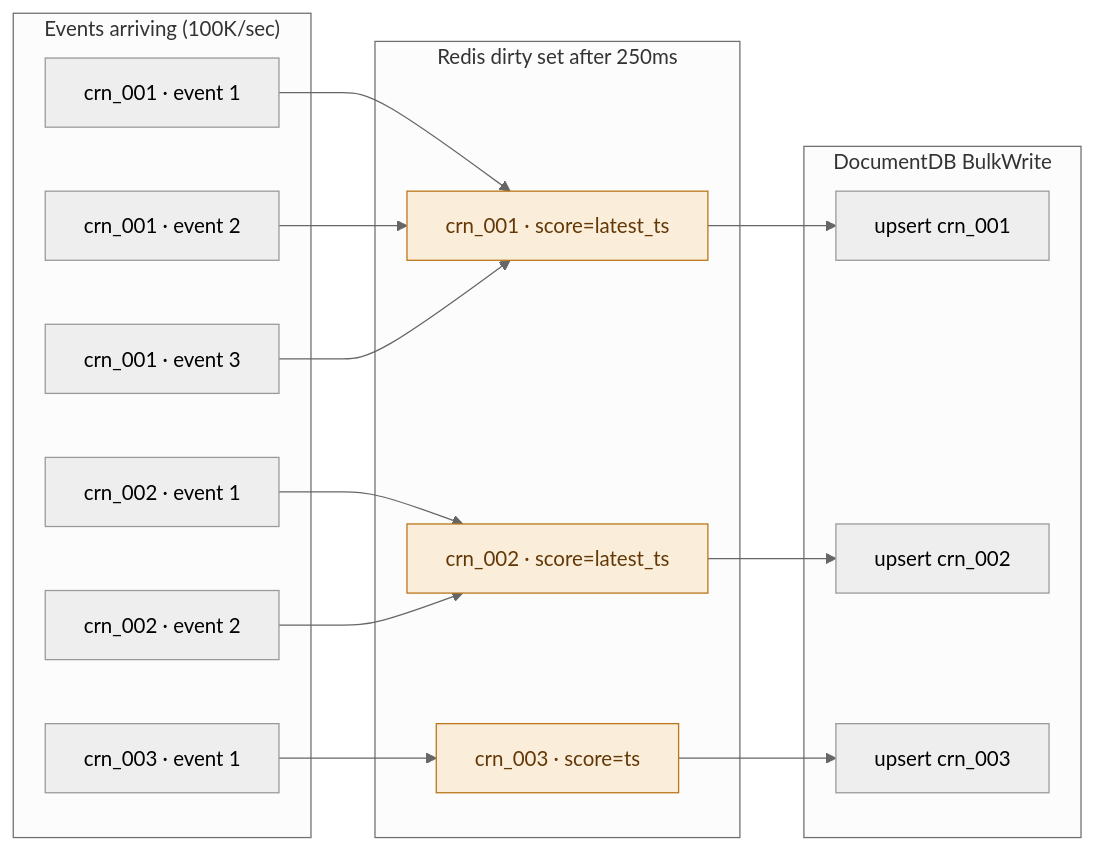
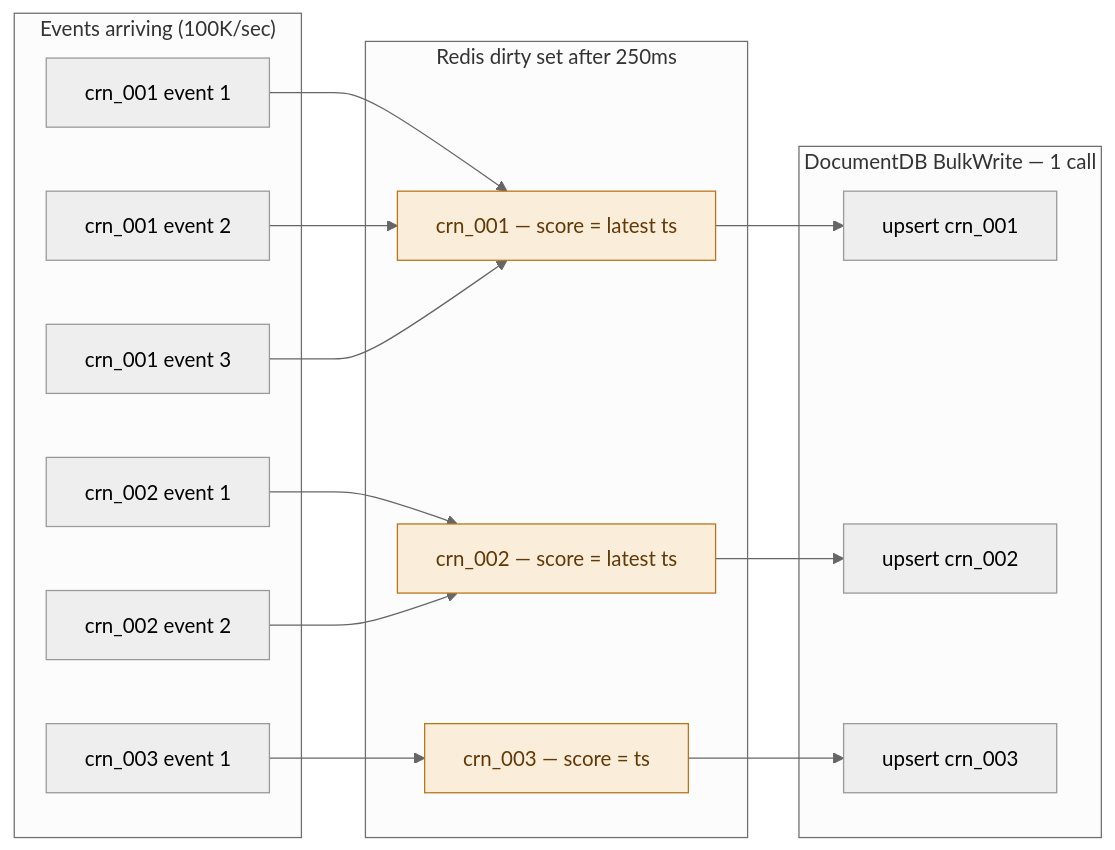
The fourth of 8 diagrams in README.md (hussainpithawala/sluice-go), drawn with Mermaid (neutral theme) before and after one commit. The commit also changed other lines of this file, not shown here.

````diff
--- a/README.md
+++ b/README.md
@@ -108,38 +110,37 @@
 ```mermaid
 flowchart LR
-    subgraph "Events arriving (100K/sec)"
-        E1[crn_001 · event 1]
-        E2[crn_002 · event 1]
-        E3[crn_001 · event 2]
-        E4[crn_003 · event 1]
-        E5[crn_001 · event 3]
-        E6[crn_002 · event 2]
+    subgraph IN ["Events arriving (100K/sec)"]
+        E1["crn_001 event 1"]
+        E2["crn_002 event 1"]
+        E3["crn_001 event 2"]
+        E4["crn_003 event 1"]
+        E5["crn_001 event 3"]
+        E6["crn_002 event 2"]
     end
 
-    subgraph "Redis dirty set after 250ms"
-        D1[crn_001 · score=latest_ts]
-        D2[crn_002 · score=latest_ts]
-        D3[crn_003 · score=ts]
+    subgraph RDS ["Redis dirty set after 250ms"]
+        D1["crn_001 — score = latest ts"]
+        D2["crn_002 — score = latest ts"]
+        D3["crn_003 — score = ts"]
     end
 
-    subgraph "DocumentDB BulkWrite"
+    subgraph BW ["DocumentDB BulkWrite — 1 call"]
         B1[upsert crn_001]
         B2[upsert crn_002]
         B3[upsert crn_003]
     end
 
     E1 --> D1
     E2 --> D2
     E3 --> D1
     E4 --> D3
     E5 --> D1
     E6 --> D2
-
     D1 --> B1
     D2 --> B2
     D3 --> B3
 
     style D1 fill:#FAEEDA,stroke:#BA7517,color:#633806
     style D2 fill:#FAEEDA,stroke:#BA7517,color:#633806
     style D3 fill:#FAEEDA,stroke:#BA7517,color:#633806
 ```
````
